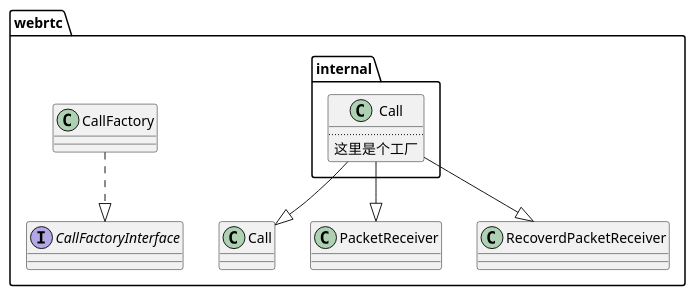
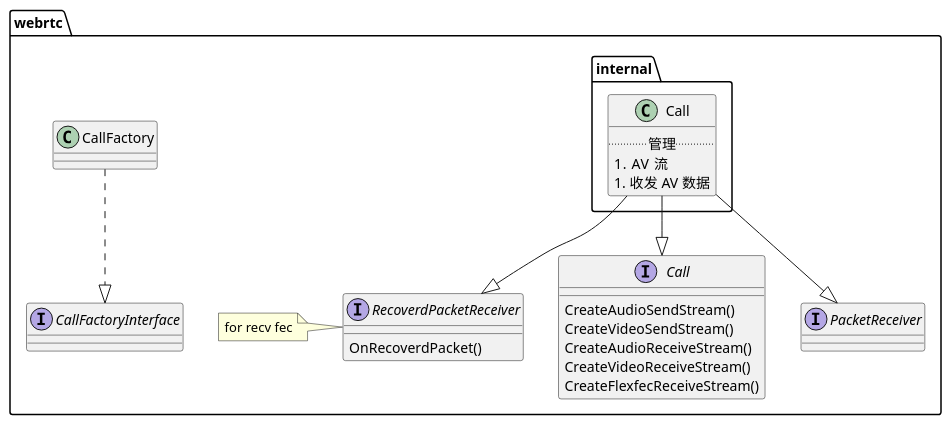
Before and after one commit to mingxin505/webrtcNote: the first of 2 diagrams in webrtc_chrome/call.md, drawn with PlantUML. The commit also changed other lines of this file and 3 other files, not shown here.

````diff
--- a/webrtc_chrome/call.md
+++ b/webrtc_chrome/call.md
@@ -1,19 +1,29 @@
 ```plantuml
 namespace webrtc {
     interface CallFactoryInterface
     class CallFactory
     CallFactory ..|> CallFactoryInterface
-    class Call
-    class PacketReceiver
-    class RecoverdPacketReceiver
+    interface Call {
+        CreateAudioSendStream()
+        CreateVideoSendStream()
+        CreateAudioReceiveStream()
+        CreateVideoReceiveStream()
+        CreateFlexfecReceiveStream()
+    }
+    interface PacketReceiver
+    interface RecoverdPacketReceiver {
+        OnRecoverdPacket()
+    }
+    note left: for recv fec
     namespace internal {
         class Call {
-            ....
-            这里是个工厂
+            ..管理..
+            1.  AV 流
+            1. 收发 AV 数据
         }
         Call --|> webrtc.Call
         Call --|> webrtc.PacketReceiver
         Call --|> webrtc.RecoverdPacketReceiver
     }
 }
 ```
````
